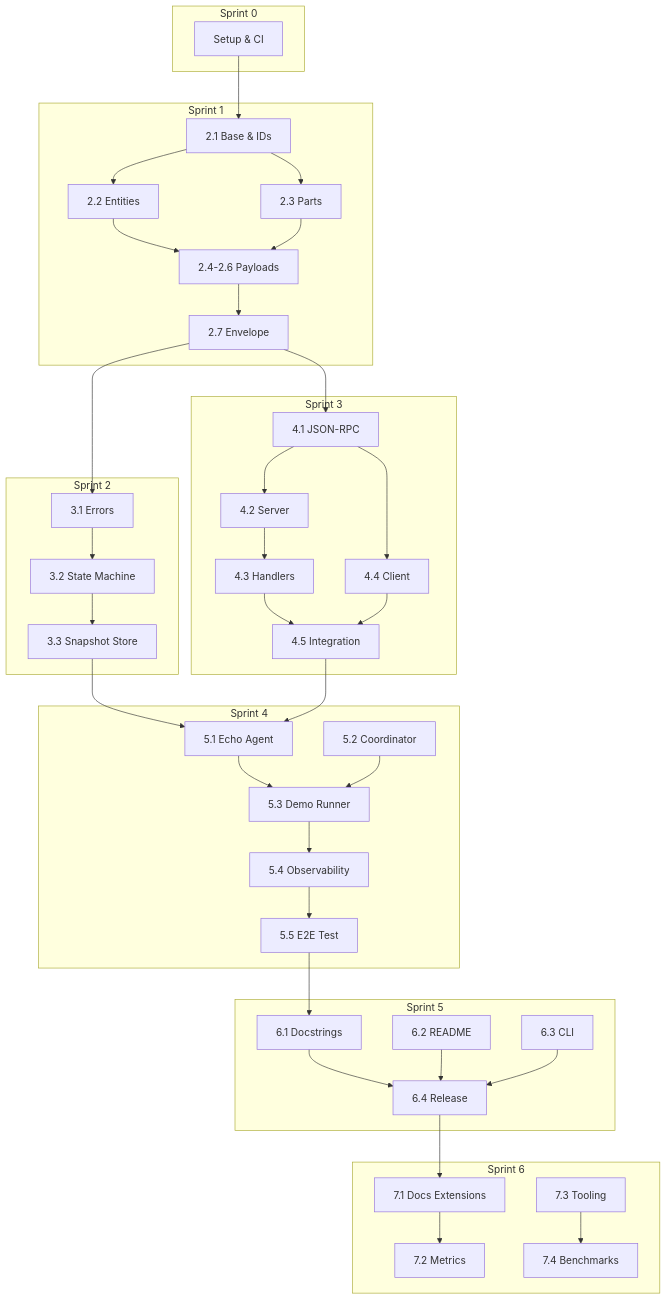
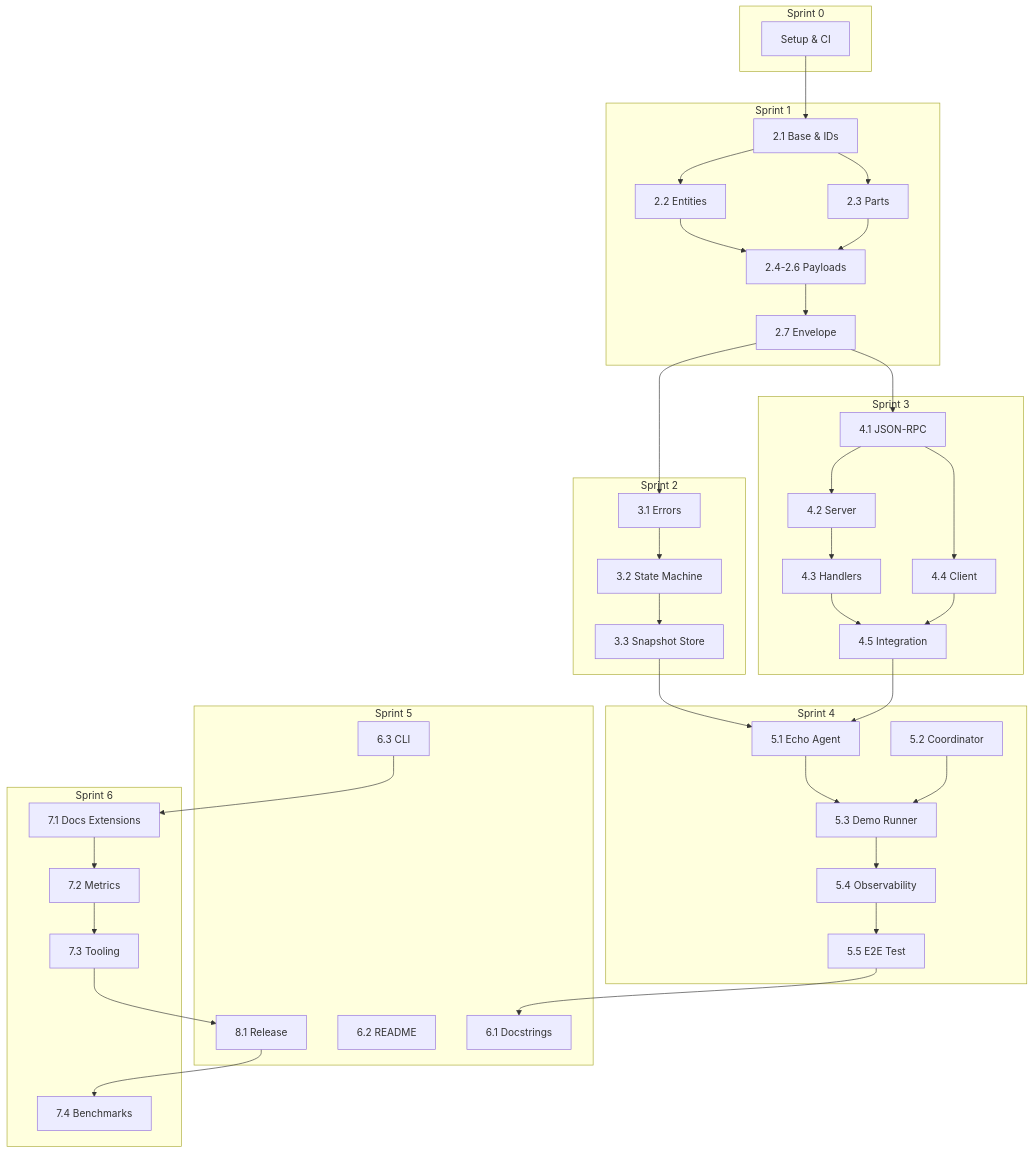
Before and after one commit to adriannoes/asap-protocol: the diagram in .cursor/dev-planning/tasks/tasks-prd-asap-implementation.md, drawn with Mermaid. The commit also changed other lines of this file, not shown here.

````diff
--- a/.cursor/dev-planning/tasks/tasks-prd-asap-implementation.md
+++ b/.cursor/dev-planning/tasks/tasks-prd-asap-implementation.md
@@ -787,53 +794,57 @@
 ```mermaid
 graph TD
     subgraph Sprint 0
         S0[Setup & CI]
     end
     
     subgraph Sprint 1
         S1A[2.1 Base & IDs] --> S1B[2.2 Entities]
         S1A --> S1C[2.3 Parts]
         S1B --> S1D[2.4-2.6 Payloads]
         S1C --> S1D
         S1D --> S1E[2.7 Envelope]
     end
     
     subgraph Sprint 2
         S2A[3.1 Errors] --> S2B[3.2 State Machine]
         S2B --> S2C[3.3 Snapshot Store]
     end
     
     subgraph Sprint 3
         S3A[4.1 JSON-RPC] --> S3B[4.2 Server]
         S3B --> S3C[4.3 Handlers]
         S3A --> S3D[4.4 Client]
         S3C --> S3E[4.5 Integration]
         S3D --> S3E
     end
     
     subgraph Sprint 4
         S4A[5.1 Echo Agent] --> S4C[5.3 Demo Runner]
         S4B[5.2 Coordinator] --> S4C
         S4C --> S4D[5.4 Observability]
         S4D --> S4E[5.5 E2E Test]
     end
     
     subgraph Sprint 5
-        S5A[6.1 Docstrings] --> S5B[6.4 Release]
-        S5C[6.2 README] --> S5B
-        S5D[6.3 CLI] --> S5B
+        S5A[6.1 Docstrings]
+        S5C[6.2 README]
+        S5D[6.3 CLI]
+        S5B[8.1 Release]
     end
     
     subgraph Sprint 6
         S6A[7.1 Docs Extensions] --> S6B[7.2 Metrics]
-        S6C[7.3 Tooling] --> S6D[7.4 Benchmarks]
+        S6B --> S6C[7.3 Tooling]
+        S6D[7.4 Benchmarks]
     end
     
     S0 --> S1A
     S1E --> S2A
     S1E --> S3A
     S2C --> S4A
     S3E --> S4A
 S4E --> S5A
-    S5B --> S6A
+    S5D --> S6A
+    S6C --> S5B
+    S5B --> S6D
 ```
````
